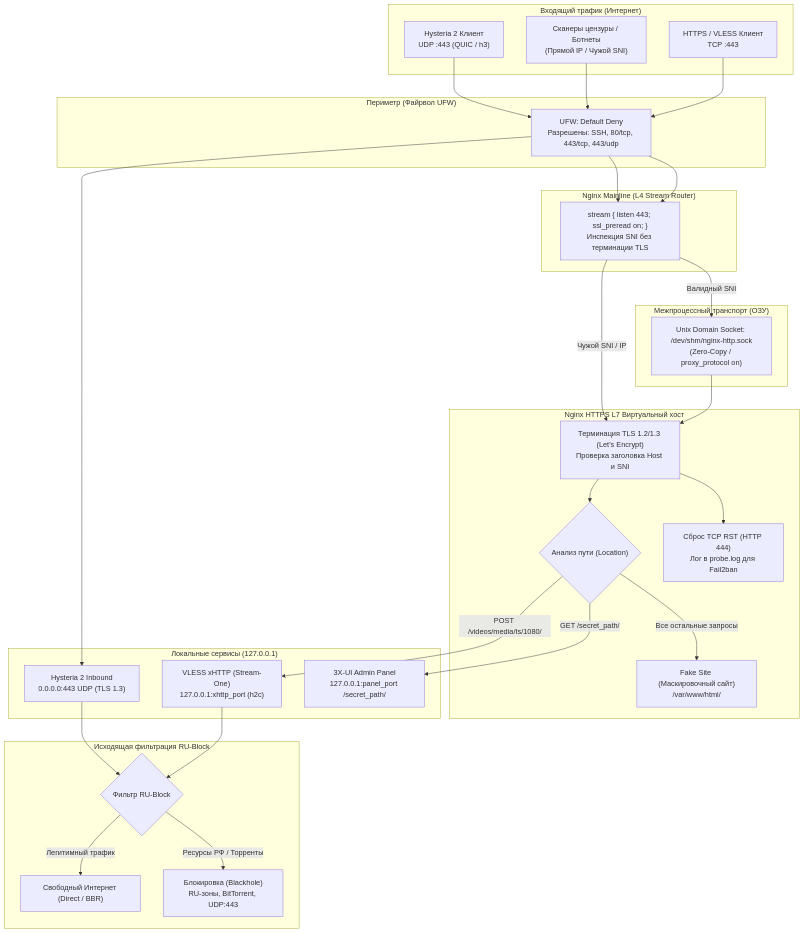
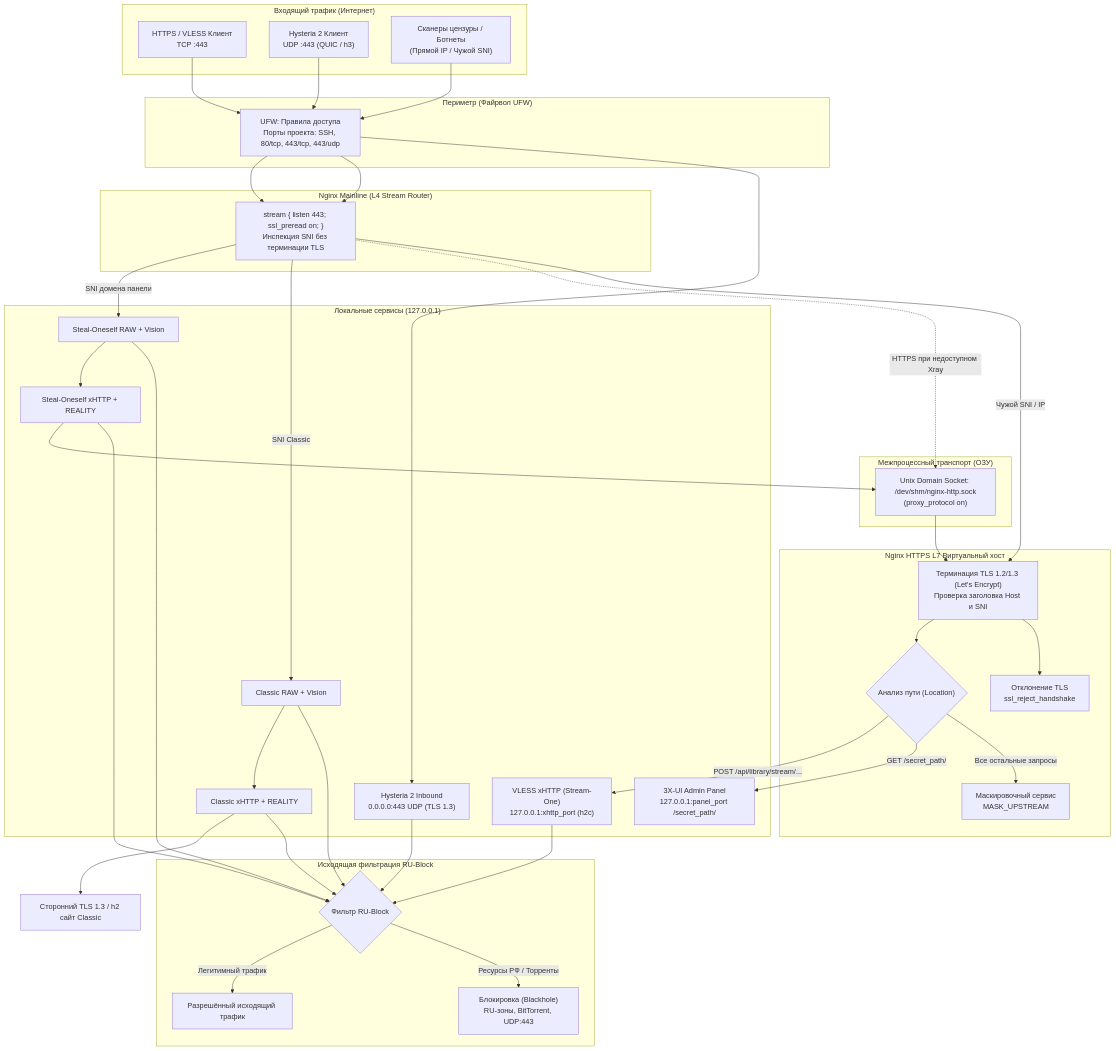
The diagram in README.md (kex1tu/vpn_script), drawn with Mermaid before and after one commit. The commit also changed other lines of this file and 40 other files, not shown here.

````diff
--- a/README.md
+++ b/README.md
@@ -156,55 +149,66 @@
 ```mermaid
 flowchart TB
     subgraph WAN ["Входящий трафик (Интернет)"]
         TCPClient["HTTPS / VLESS Клиент\nTCP :443"]
         UDPClient["Hysteria 2 Клиент\nUDP :443 (QUIC / h3)"]
         Scanner["Сканеры цензуры / Ботнеты\n(Прямой IP / Чужой SNI)"]
     end
 
     subgraph Edge ["Периметр (Файрвол UFW)"]
-        UFW["UFW: Default Deny\nРазрешены: SSH, 80/tcp, 443/tcp, 443/udp"]
+        UFW["UFW: Правила доступа\nПорты проекта: SSH, 80/tcp, 443/tcp, 443/udp"]
     end
 
     subgraph NginxRouter ["Nginx Mainline (L4 Stream Router)"]
         Stream["stream { listen 443; ssl_preread on; }\nИнспекция SNI без терминации TLS"]
     end
 
     subgraph MemoryTransport ["Межпроцессный транспорт (ОЗУ)"]
-        RAMSock["Unix Domain Socket: /dev/shm/nginx-http.sock\n(Zero-Copy / proxy_protocol on)"]
+        RAMSock["Unix Domain Socket: /dev/shm/nginx-http.sock\n(proxy_protocol on)"]
     end
 
     subgraph NginxVHost ["Nginx HTTPS L7 Виртуальный хост"]
         SSLTerm["Терминация TLS 1.2/1.3 (Let's Encrypt)\nПроверка заголовка Host и SNI"]
         Router{"Анализ пути (Location)"}
-        FakeSite["Fake Site (Маскировочный сайт)\n/var/www/html/"]
-        RSTDrop["Сброс TCP RST (HTTP 444)\nЛог в probe.log для Fail2ban"]
+        FakeSite["Маскировочный сервис\nMASK_UPSTREAM"]
+        RSTDrop["Отклонение TLS\nssl_reject_handshake"]
     end
 
     subgraph XrayBackends ["Локальные сервисы (127.0.0.1)"]
         XHTTP["VLESS xHTTP (Stream-One)\n127.0.0.1:xhttp_port (h2c)"]
         Hy2["Hysteria 2 Inbound\n0.0.0.0:443 UDP (TLS 1.3)"]
         Panel["3X-UI Admin Panel\n127.0.0.1:panel_port /secret_path/"]
+        SelfRaw["Steal-Oneself RAW + Vision"]
+        SelfX["Steal-Oneself xHTTP + REALITY"]
+        ClassicRaw["Classic RAW + Vision"]
+        ClassicX["Classic xHTTP + REALITY"]
     end
+    ClassicSite["Сторонний TLS 1.3 / h2 сайт Classic"]
 
     subgraph OutboundSecurity ["Исходящая фильтрация RU-Block"]
         RUFilter{"Фильтр RU-Block"}
-        GlobalNet["Свободный Интернет (Direct / BBR)"]
+        GlobalNet["Разрешённый исходящий трафик"]
         Blackhole["Блокировка (Blackhole)\nRU-зоны, BitTorrent, UDP:443"]
     end
 
     TCPClient --> UFW --> Stream
     Scanner --> UFW --> Stream
     UDPClient --> UFW --> Hy2
 
-    Stream -- "Валидный SNI" --> RAMSock --> SSLTerm --> Router
+    Stream -- "SNI домена панели" --> SelfRaw --> SelfX --> RAMSock --> SSLTerm --> Router
+    Stream -- "SNI Classic" --> ClassicRaw --> ClassicX --> ClassicSite
+    Stream -. "HTTPS при недоступном Xray" .-> RAMSock
     Stream -- "Чужой SNI / IP" --> SSLTerm --> RSTDrop
 
-    Router -- "POST /videos/media/ts/1080/" --> XHTTP
+    Router -- "POST /api/library/stream/..." --> XHTTP
     Router -- "GET /secret_path/" --> Panel
     Router -- "Все остальные запросы" --> FakeSite
 
     XHTTP --> RUFilter
     Hy2 --> RUFilter
+    SelfRaw --> RUFilter
+    SelfX --> RUFilter
+    ClassicRaw --> RUFilter
+    ClassicX --> RUFilter
     RUFilter -- "Легитимный трафик" --> GlobalNet
     RUFilter -- "Ресурсы РФ / Торренты" --> Blackhole
 ```
````
